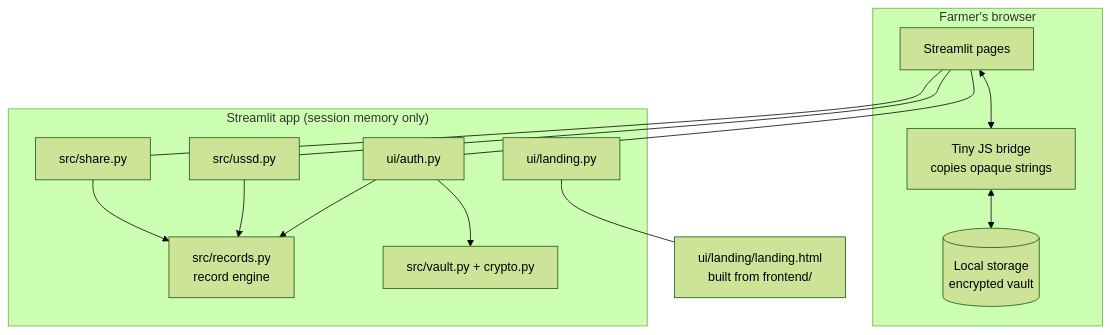
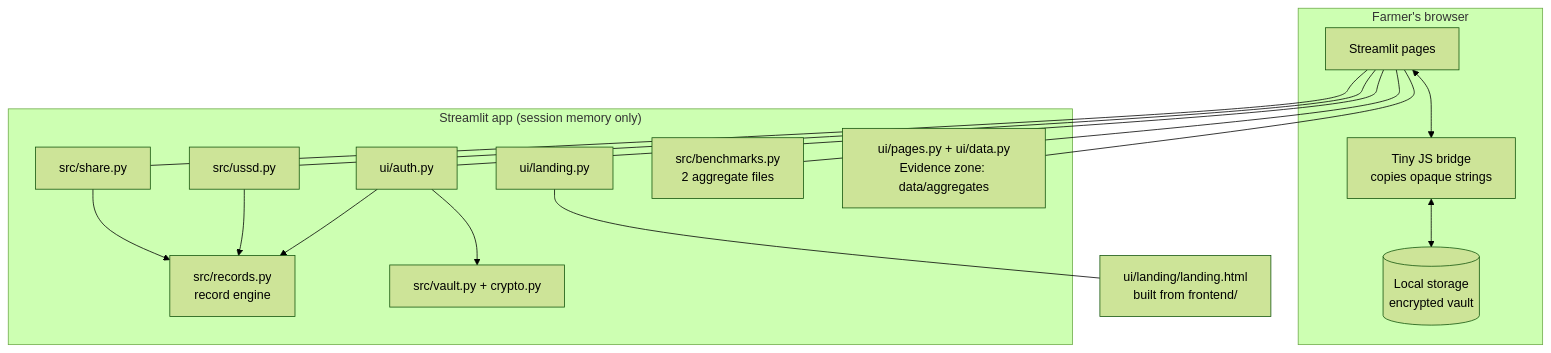
Before and after one commit to patrickntirenganya/FinBridge-Rwanda: the second of 2 diagrams in README.md, drawn with Mermaid (forest theme). The commit also changed other lines of this file, not shown here.

First line of the commit message:
README: evidence and farmer tools, trying the live app, methods, limitations, references

````diff
--- a/README.md
+++ b/README.md
@@ -283,22 +353,26 @@
 ```mermaid
 flowchart TB
     subgraph Browser["Farmer's browser"]
         UI[Streamlit pages]
         LS[(Local storage<br/>encrypted vault)]
         BR[Tiny JS bridge<br/>copies opaque strings]
         UI <--> BR <--> LS
     end
     subgraph Server["Streamlit app (session memory only)"]
         AUTH[ui/auth.py]
         REC[src/records.py<br/>record engine]
         VAULT[src/vault.py + crypto.py]
         SHARE[src/share.py]
         USSD[src/ussd.py]
         LAND[ui/landing.py]
+        BM[src/benchmarks.py<br/>2 aggregate files]
+        EV[ui/pages.py + ui/data.py<br/>Evidence zone: data/aggregates]
     end
     UI --- AUTH --> VAULT
     AUTH --> REC
+    UI --- BM
+    UI --- EV
     UI --- USSD --> REC
     UI --- SHARE --> REC
     LAND --- LP[ui/landing/landing.html<br/>built from frontend/]
 ```
````
